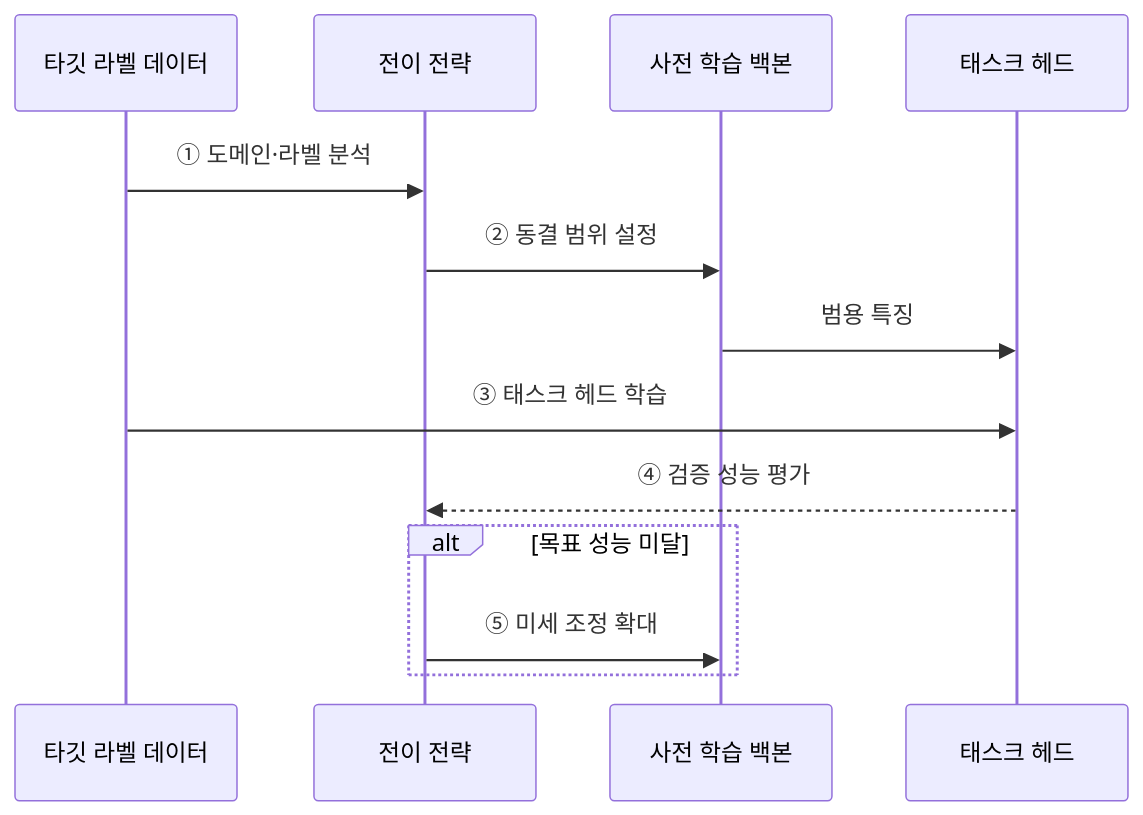
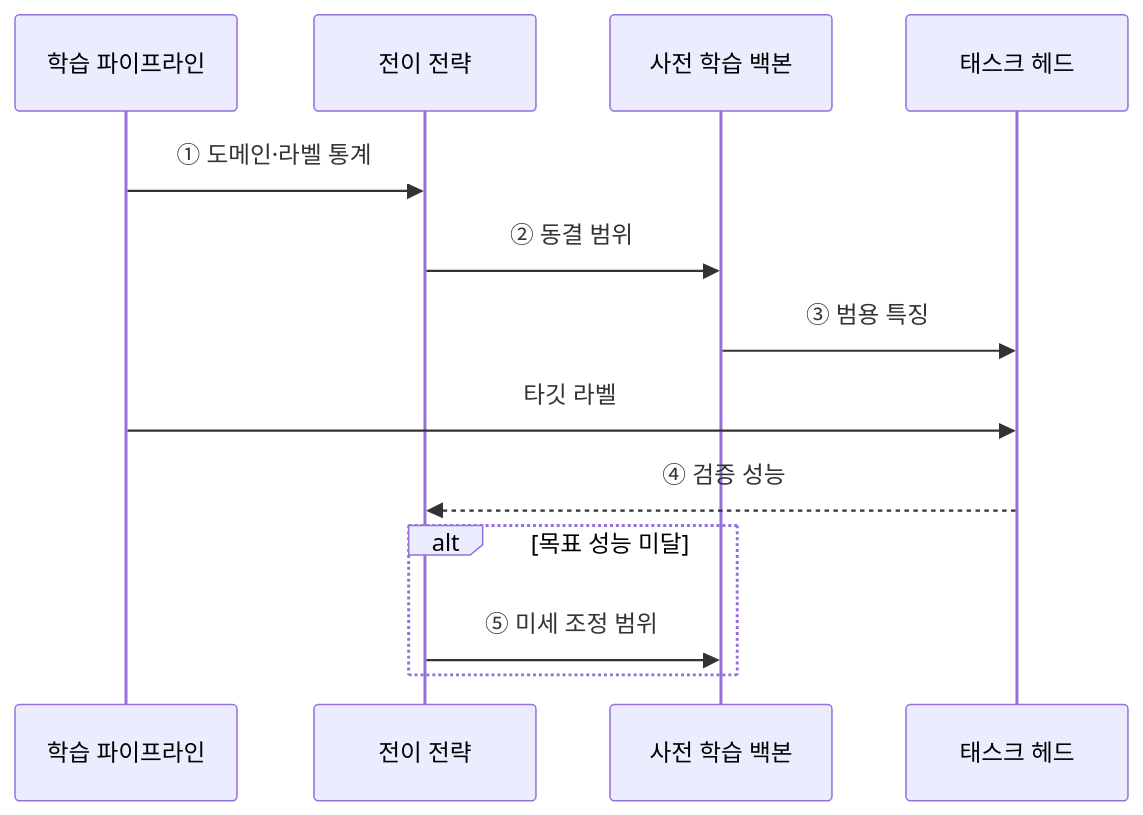
One commit to agnusdei1207/knowledge-base changed the second of 2 diagrams in src/content/docs/notes/01-basic-theory/047_transfer_learning.md. Above: the diagram before and after it, drawn with Mermaid. The commit also changed other lines of this file and 10 other files, not shown here.

````diff
--- a/src/content/docs/notes/01-basic-theory/047_transfer_learning.md
+++ b/src/content/docs/notes/01-basic-theory/047_transfer_learning.md
@@ -96,15 +76,15 @@
 ```mermaid
 sequenceDiagram
-    participant D as 타깃 라벨 데이터
+    participant P as 학습 파이프라인
     participant F as 전이 전략
     participant B as 사전 학습 백본
     participant H as 태스크 헤드
-    D->>F: ① 도메인·라벨 분석
-    F->>B: ② 동결 범위 설정
-    B->>H: 범용 특징
-    D->>H: ③ 태스크 헤드 학습
-    H-->>F: ④ 검증 성능 평가
+    P->>F: ① 도메인·라벨 통계
+    F->>B: ② 동결 범위
+    B->>H: ③ 범용 특징
+    P->>H: 타깃 라벨
+    H-->>F: ④ 검증 성능
     alt 목표 성능 미달
-        F->>B: ⑤ 미세 조정 확대
+        F->>B: ⑤ 미세 조정 범위
     end
 ```
````
